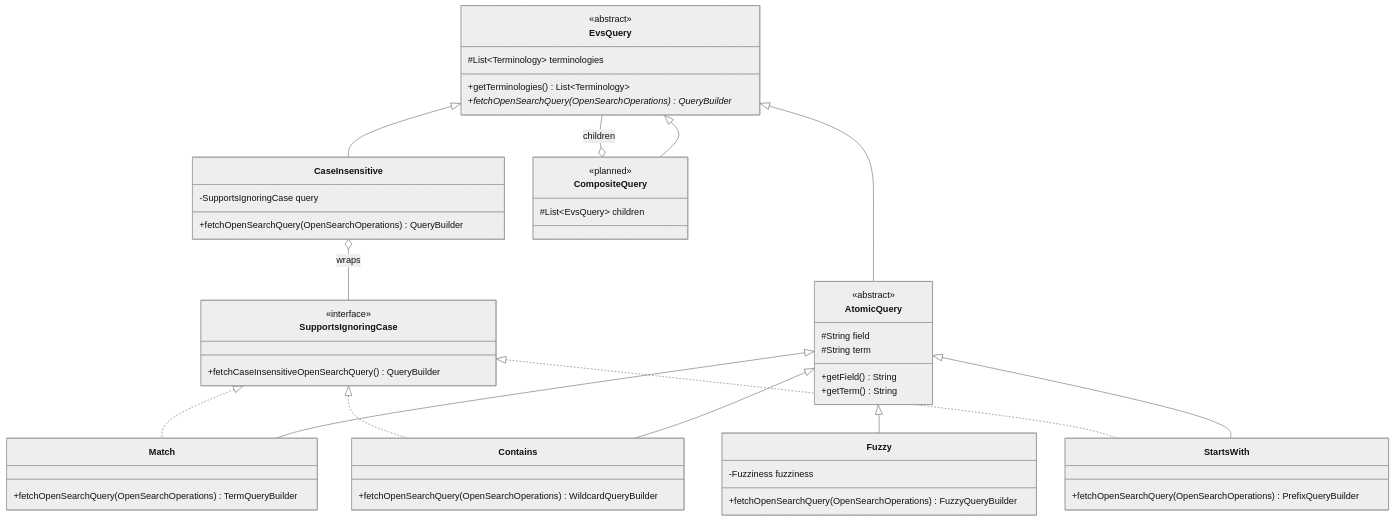
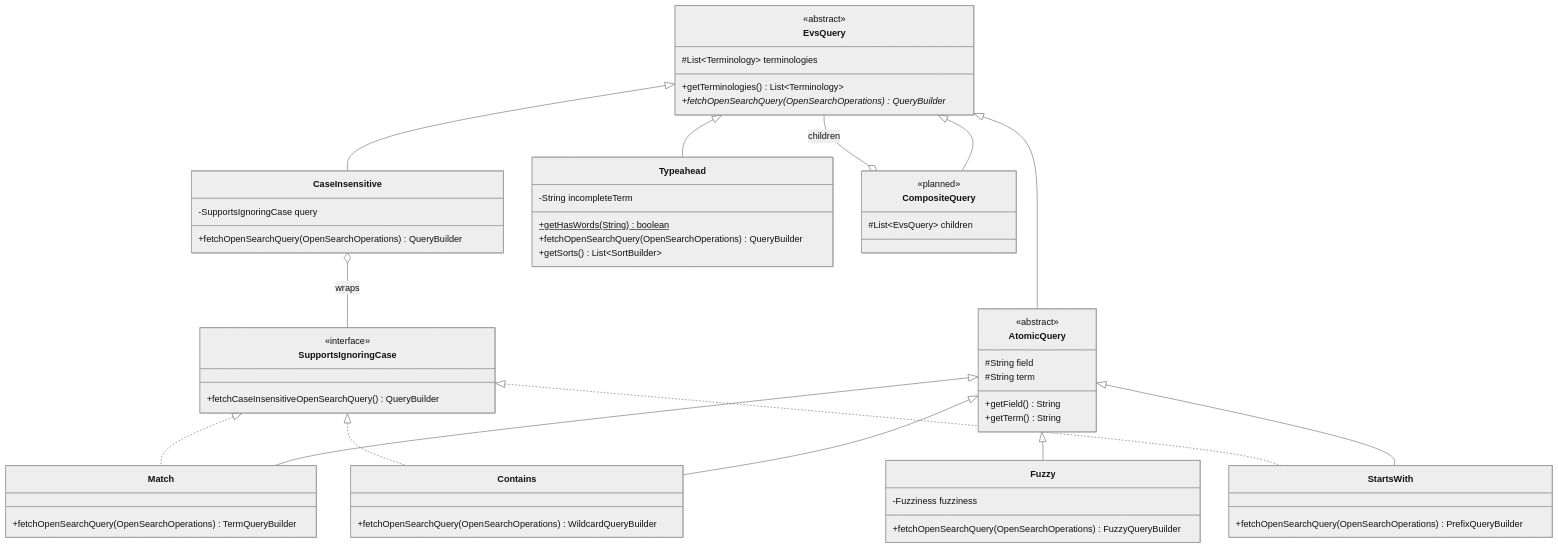
One commit to WestCoastInformatics/evsrestapi changed the diagram in src/main/java/gov/nih/nci/evs/api/query/README.md. Above: the diagram before and after it, drawn with Mermaid (neutral theme). The commit also changed other lines of this file and 4 other files, not shown here.

First line of the commit message:
Move typeahead query and ranking into a Typeahead query strategy

````diff
--- a/src/main/java/gov/nih/nci/evs/api/query/README.md
+++ b/src/main/java/gov/nih/nci/evs/api/query/README.md
@@ -20,61 +20,69 @@
 ```mermaid
 classDiagram
     direction TB
 
     class EvsQuery {
         <<abstract>>
         #List~Terminology~ terminologies
         +getTerminologies() List~Terminology~
         +fetchOpenSearchQuery(OpenSearchOperations)* QueryBuilder
     }
 
     class AtomicQuery {
         <<abstract>>
         #String field
         #String term
         +getField() String
         +getTerm() String
     }
 
     class SupportsIgnoringCase {
         <<interface>>
         +fetchCaseInsensitiveOpenSearchQuery() QueryBuilder
     }
 
     class CaseInsensitive {
         -SupportsIgnoringCase query
         +fetchOpenSearchQuery(OpenSearchOperations) QueryBuilder
     }
 
     class Match {
         +fetchOpenSearchQuery(OpenSearchOperations) TermQueryBuilder
     }
     class Contains {
         +fetchOpenSearchQuery(OpenSearchOperations) WildcardQueryBuilder
     }
     class StartsWith {
         +fetchOpenSearchQuery(OpenSearchOperations) PrefixQueryBuilder
     }
     class Fuzzy {
         -Fuzziness fuzziness
         +fetchOpenSearchQuery(OpenSearchOperations) FuzzyQueryBuilder
     }
 
+    class Typeahead {
+        -String incompleteTerm
+        +getHasWords(String)$ boolean
+        +fetchOpenSearchQuery(OpenSearchOperations) QueryBuilder
+        +getSorts() List~SortBuilder~
+    }
+
     class CompositeQuery {
         <<planned>>
         #List~EvsQuery~ children
     }
 
     EvsQuery <|-- AtomicQuery
     EvsQuery <|-- CompositeQuery
     EvsQuery <|-- CaseInsensitive
+    EvsQuery <|-- Typeahead
     AtomicQuery <|-- Match
     AtomicQuery <|-- Contains
     AtomicQuery <|-- StartsWith
     AtomicQuery <|-- Fuzzy
     SupportsIgnoringCase <|.. Match
     SupportsIgnoringCase <|.. Contains
     SupportsIgnoringCase <|.. StartsWith
     CompositeQuery o-- EvsQuery : children
     CaseInsensitive o-- SupportsIgnoringCase : wraps
 ```
````
